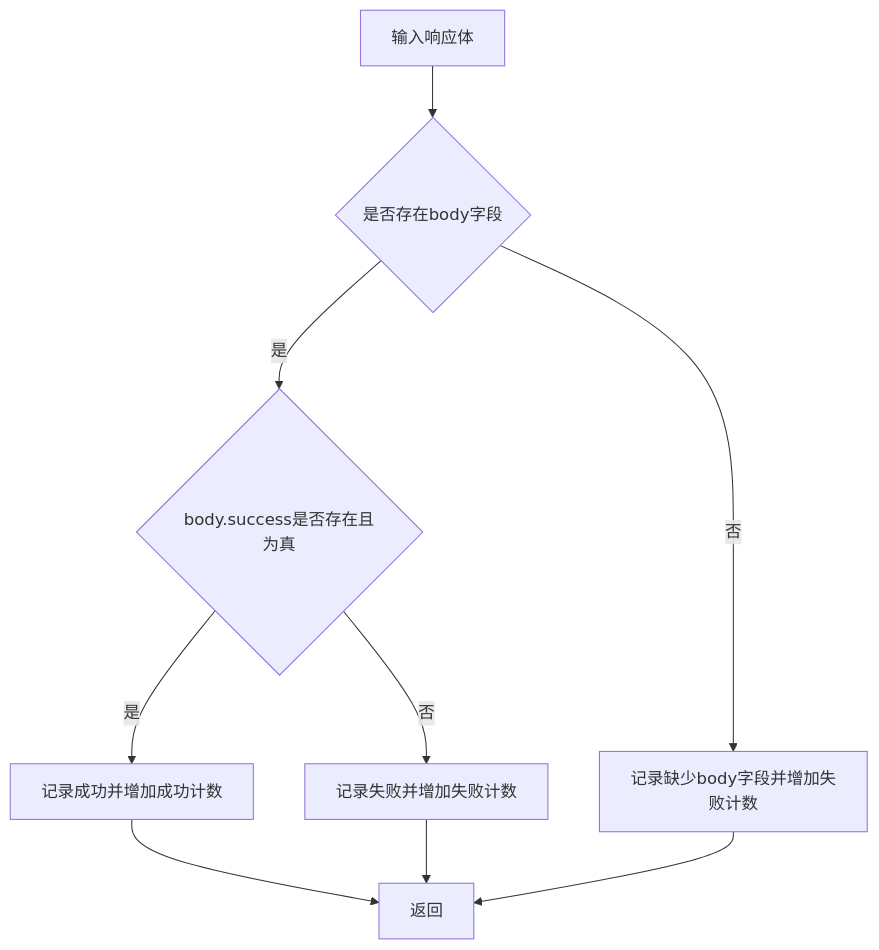
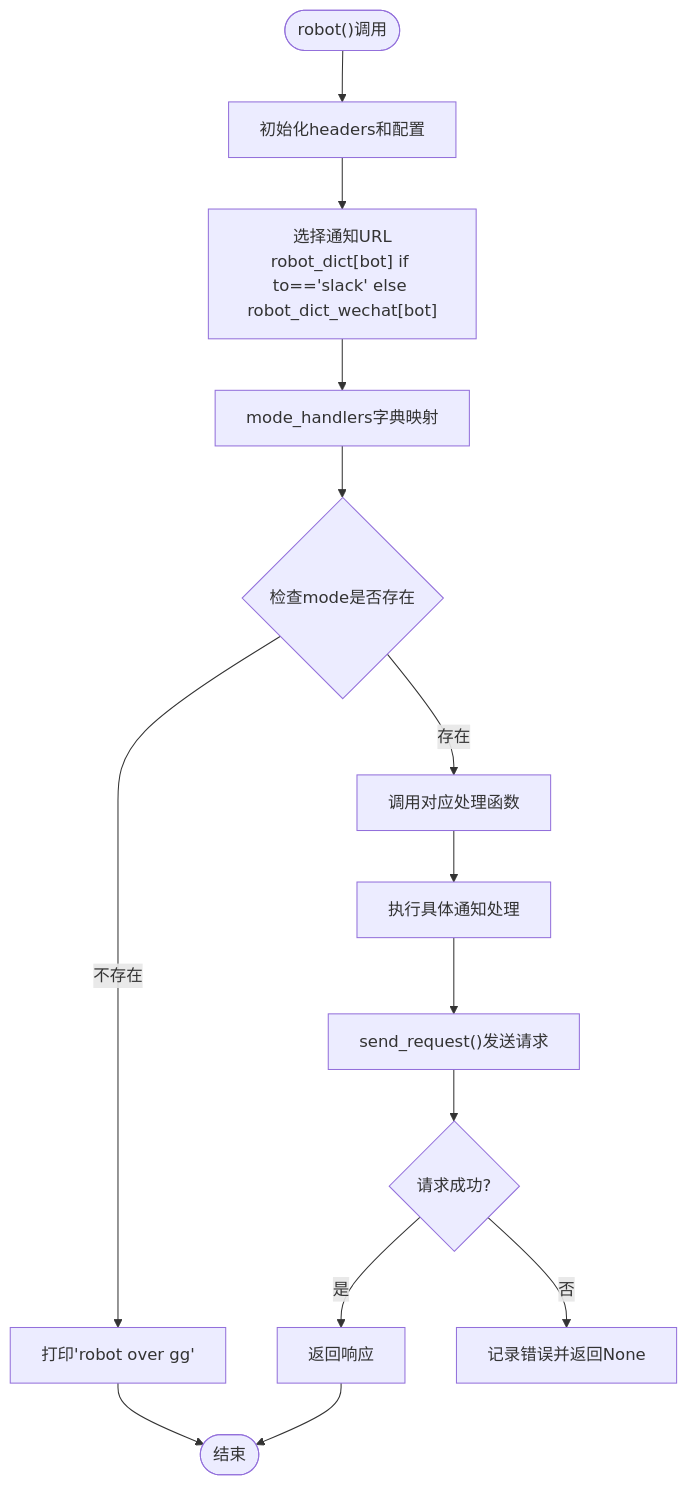
Before and after one commit to liximing1-ola/qa-payTest: the fourth of 6 diagrams in .qoder/repowiki/zh/content/核心模块/工具方法模块.md, drawn with Mermaid. The commit also changed other lines of this file and 14 other files, not shown here.

````diff
--- a/.qoder/repowiki/zh/content/核心模块/工具方法模块.md
+++ b/.qoder/repowiki/zh/content/核心模块/工具方法模块.md
@@ -242,11 +282,16 @@
 ```mermaid
 flowchart TD
-A["输入响应体"] --> B{"是否存在body字段"}
-B --> |否| F["记录缺少body字段并增加失败计数"]
-B --> |是| C{"body.success是否存在且为真"}
-C --> |是| D["记录成功并增加成功计数"]
-C --> |否| E["记录失败并增加失败计数"]
-D --> G["返回"]
-E --> G
-F --> G
+Start(["robot()调用"]) --> Init["初始化headers和配置"]
+Init --> SelectURL["选择通知URL<br/>robot_dict[bot] if to=='slack' else robot_dict_wechat[bot]"]
+SelectURL --> HandlerMap["mode_handlers字典映射"]
+HandlerMap --> CheckMode{"检查mode是否存在"}
+CheckMode --> |存在| CallHandler["调用对应处理函数"]
+CheckMode --> |不存在| PrintError["打印'robot over gg'"]
+CallHandler --> Process["执行具体通知处理"]
+Process --> SendReq["send_request()发送请求"]
+SendReq --> Success{"请求成功?"}
+Success --> |是| Return["返回响应"]
+Success --> |否| LogError["记录错误并返回None"]
+PrintError --> End(["结束"])
+Return --> End
 ```
````
